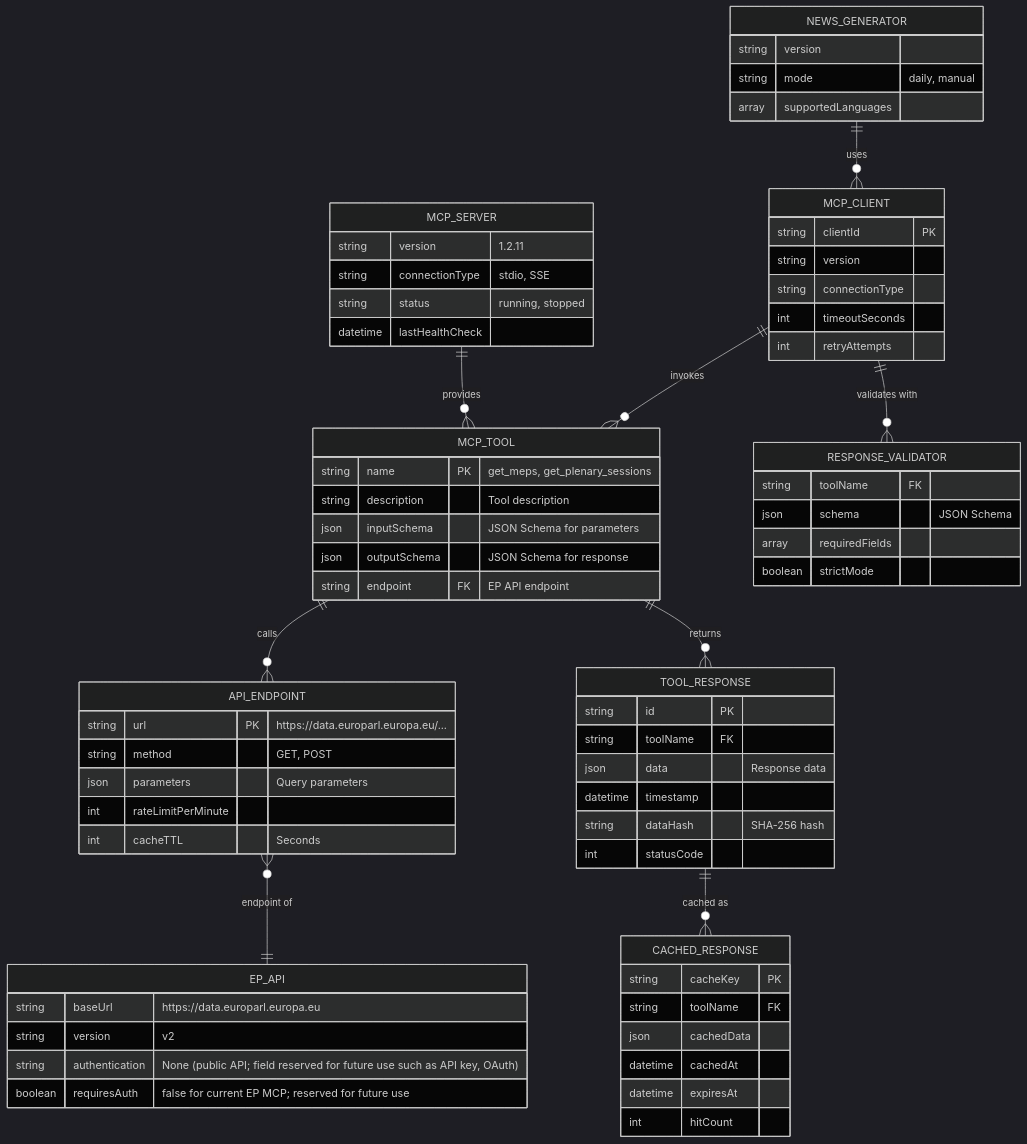
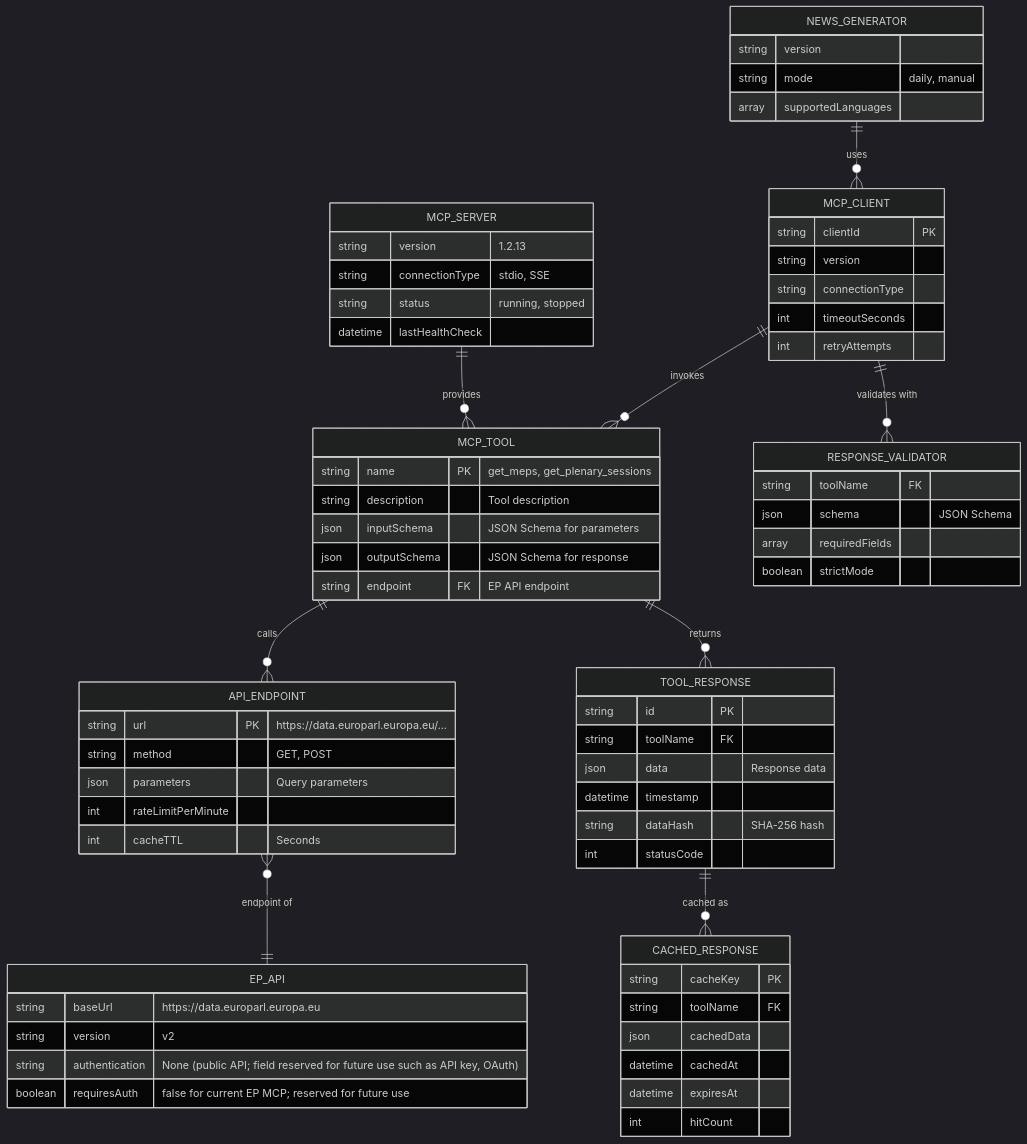
One commit to Hack23/euparliamentmonitor changed the third of 9 diagrams in DATA_MODEL.md. Above: the diagram before and after it, drawn with Mermaid (dark theme). The commit also changed other lines of this file and 35 other files, not shown here.

````diff
--- a/DATA_MODEL.md
+++ b/DATA_MODEL.md
@@ -837,81 +837,81 @@
 ```mermaid
 erDiagram
     MCP_SERVER ||--o{ MCP_TOOL : "provides"
     MCP_TOOL ||--o{ API_ENDPOINT : "calls"
     API_ENDPOINT }o--|| EP_API : "endpoint of"
     MCP_TOOL ||--o{ TOOL_RESPONSE : "returns"
     TOOL_RESPONSE ||--o{ CACHED_RESPONSE : "cached as"
 
     NEWS_GENERATOR ||--o{ MCP_CLIENT : "uses"
     MCP_CLIENT ||--o{ MCP_TOOL : "invokes"
     MCP_CLIENT ||--o{ RESPONSE_VALIDATOR : "validates with"
 
     MCP_SERVER {
-        string version "1.2.11"
+        string version "1.2.13"
         string connectionType "stdio, SSE"
         string status "running, stopped"
         datetime lastHealthCheck
     }
 
     MCP_TOOL {
         string name PK "get_meps, get_plenary_sessions"
         string description "Tool description"
         json inputSchema "JSON Schema for parameters"
         json outputSchema "JSON Schema for response"
         string endpoint FK "EP API endpoint"
     }
 
     API_ENDPOINT {
         string url PK "https://data.europarl.europa.eu/..."
         string method "GET, POST"
         json parameters "Query parameters"
         int rateLimitPerMinute
         int cacheTTL "Seconds"
     }
 
     EP_API {
         string baseUrl "https://data.europarl.europa.eu"
         string version "v2"
         string authentication "None (public API; field reserved for future use such as API key, OAuth)"
         boolean requiresAuth "false for current EP MCP; reserved for future use"
     }
 
     TOOL_RESPONSE {
         string id PK
         string toolName FK
         json data "Response data"
         datetime timestamp
         string dataHash "SHA-256 hash"
         int statusCode
     }
 
     CACHED_RESPONSE {
         string cacheKey PK
         string toolName FK
         json cachedData
         datetime cachedAt
         datetime expiresAt
         int hitCount
     }
 
     MCP_CLIENT {
         string clientId PK
         string version
         string connectionType
         int timeoutSeconds
         int retryAttempts
     }
 
     RESPONSE_VALIDATOR {
         string toolName FK
         json schema "JSON Schema"
         array requiredFields
         boolean strictMode
     }
 
     NEWS_GENERATOR {
         string version
         string mode "daily, manual"
         array supportedLanguages
     }
 ```
````
